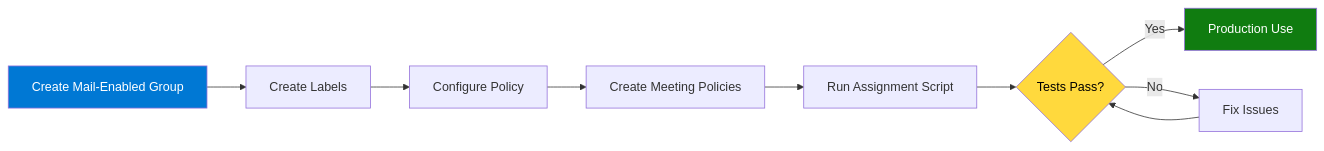
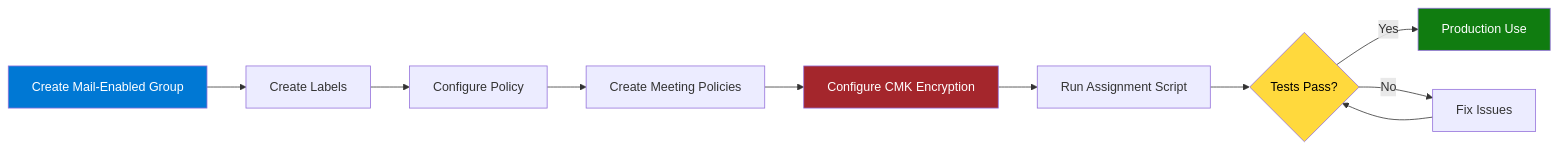
The first of 2 diagrams in docs/Teams/latest/package/Teams_Premium_Build_Book_Group_Deployment.md (Cloudstrucc/Public), drawn with Mermaid before and after one commit. The commit also changed other lines of this file, not shown here.

````diff
--- a/docs/Teams/latest/package/Teams_Premium_Build_Book_Group_Deployment.md
+++ b/docs/Teams/latest/package/Teams_Premium_Build_Book_Group_Deployment.md
@@ -42,15 +44,17 @@
 ```mermaid
 flowchart LR
     A[Create Mail-Enabled Group] --> B[Create Labels]
     B --> C[Configure Policy]
     C --> D[Create Meeting Policies]
-    D --> E[Run Assignment Script]
-    E --> F{Tests Pass?}
-    F -->|Yes| G[Production Use]
-    F -->|No| H[Fix Issues]
-    H --> F
+    D --> E[Configure CMK Encryption]
+    E --> F[Run Assignment Script]
+    F --> G{Tests Pass?}
+    G -->|Yes| H[Production Use]
+    G -->|No| I[Fix Issues]
+    I --> G
     
     style A fill:#0078d4,color:#fff
-    style G fill:#107c10,color:#fff
-    style F fill:#ffd93d,color:#000
+    style E fill:#A4262C,color:#fff
+    style H fill:#107c10,color:#fff
+    style G fill:#ffd93d,color:#000
 ```
````
